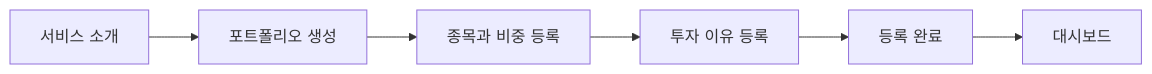
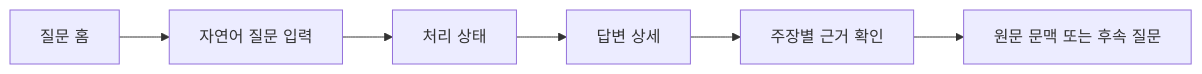
Before and after one commit to portfolio-disclosure-guardian/foliolens-server: the second of 8 diagrams in docs/IA.md, drawn with Mermaid. The commit also changed other lines of this file and 11 other files, not shown here.

````diff
--- a/docs/IA.md
+++ b/docs/IA.md
@@ -675,8 +931,8 @@
 ```mermaid
 flowchart LR
-    A["서비스 소개"] --> B["포트폴리오 생성"]
-    B --> C["종목과 비중 등록"]
-    C --> D["투자 이유 등록"]
-    D --> E["등록 완료"]
-    E --> F["대시보드"]
+    A["질문 홈"] --> B["자연어 질문 입력"]
+    B --> C["처리 상태"]
+    C --> D["답변 상세"]
+    D --> E["주장별 근거 확인"]
+    E --> F["원문 문맥 또는 후속 질문"]
 ```
````
